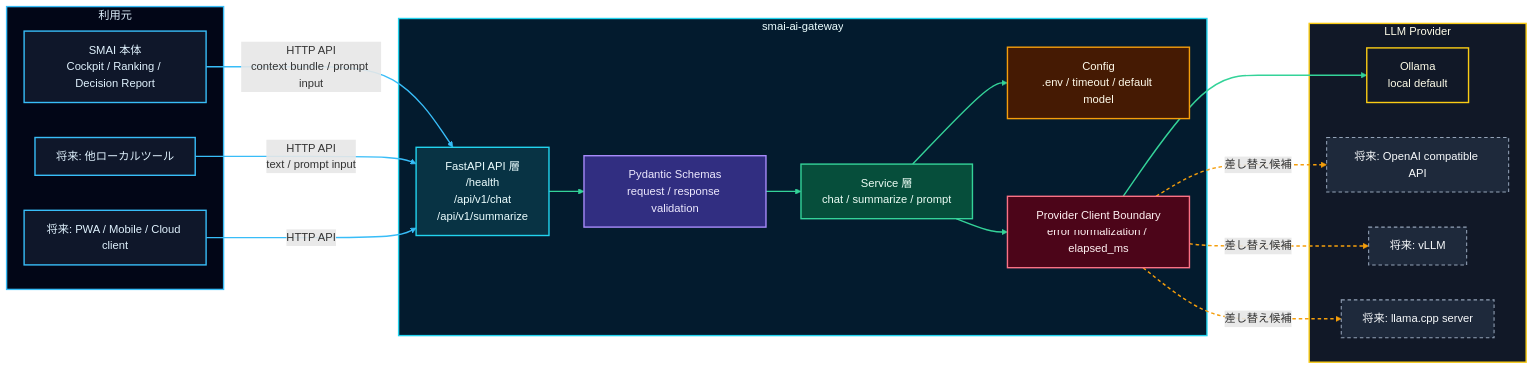
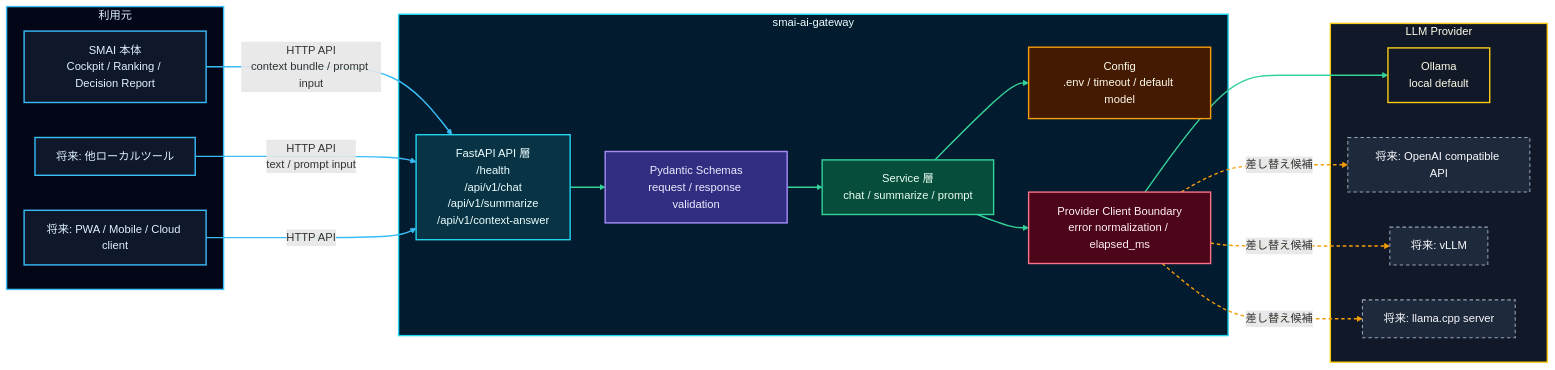
The diagram in smai-ai-gateway/README.md (yuki-godzilla/Smart_Market_AI), drawn with Mermaid before and after one commit. The commit also changed other lines of this file and 15 other files, not shown here.

Commit message:
Add smai ai gateway context answer API

````diff
--- a/smai-ai-gateway/README.md
+++ b/smai-ai-gateway/README.md
@@ -33,62 +33,62 @@
 ```mermaid
 flowchart LR
   subgraph clients["利用元"]
     smai["SMAI 本体<br/>Cockpit / Ranking / Decision Report"]
     localtools["将来: 他ローカルツール"]
     future["将来: PWA / Mobile / Cloud client"]
   end
 
   subgraph gateway["smai-ai-gateway"]
-    api["FastAPI API 層<br/>/health<br/>/api/v1/chat<br/>/api/v1/summarize"]
+    api["FastAPI API 層<br/>/health<br/>/api/v1/chat<br/>/api/v1/summarize<br/>/api/v1/context-answer"]
     schemas["Pydantic Schemas<br/>request / response validation"]
     services["Service 層<br/>chat / summarize / prompt"]
     config["Config<br/>.env / timeout / default model"]
     provider["Provider Client Boundary<br/>error normalization / elapsed_ms"]
   end
 
   subgraph providers["LLM Provider"]
     ollama["Ollama<br/>local default"]
     openai["将来: OpenAI compatible API"]
     vllm["将来: vLLM"]
     llamacpp["将来: llama.cpp server"]
   end
 
   smai -- "HTTP API<br/>context bundle / prompt input" --> api
   localtools -- "HTTP API<br/>text / prompt input" --> api
   future -- "HTTP API" --> api
 
   api --> schemas
   schemas --> services
   services --> config
   services --> provider
   provider --> ollama
   provider -. "差し替え候補" .-> openai
   provider -. "差し替え候補" .-> vllm
   provider -. "差し替え候補" .-> llamacpp
 
   classDef client fill:#0f172a,stroke:#38bdf8,color:#e0f2fe,stroke-width:2px;
   classDef api fill:#083344,stroke:#22d3ee,color:#ecfeff,stroke-width:2px;
   classDef schema fill:#312e81,stroke:#a78bfa,color:#ede9fe,stroke-width:2px;
   classDef service fill:#064e3b,stroke:#34d399,color:#ecfdf5,stroke-width:2px;
   classDef config fill:#451a03,stroke:#f59e0b,color:#fffbeb,stroke-width:2px;
   classDef boundary fill:#4c0519,stroke:#fb7185,color:#fff1f2,stroke-width:2px;
   classDef provider fill:#111827,stroke:#facc15,color:#fefce8,stroke-width:2px;
   classDef futureProvider fill:#1e293b,stroke:#94a3b8,color:#f8fafc,stroke-width:1.5px,stroke-dasharray: 5 4;
 
   class smai,localtools,future client;
   class api api;
   class schemas schema;
   class services service;
   class config config;
   class provider boundary;
   class ollama provider;
   class openai,vllm,llamacpp futureProvider;
 
   style clients fill:#020617,stroke:#38bdf8,stroke-width:2px,color:#e0f2fe;
   style gateway fill:#031b2e,stroke:#22d3ee,stroke-width:2px,color:#ecfeff;
   style providers fill:#111827,stroke:#facc15,stroke-width:2px,color:#fefce8;
 
   linkStyle 0,1,2 stroke:#38bdf8,stroke-width:2px;
   linkStyle 3,4,5,6,7 stroke:#34d399,stroke-width:2px;
   linkStyle 8,9,10 stroke:#f59e0b,stroke-width:2px,stroke-dasharray: 5 4;
 ```
````
